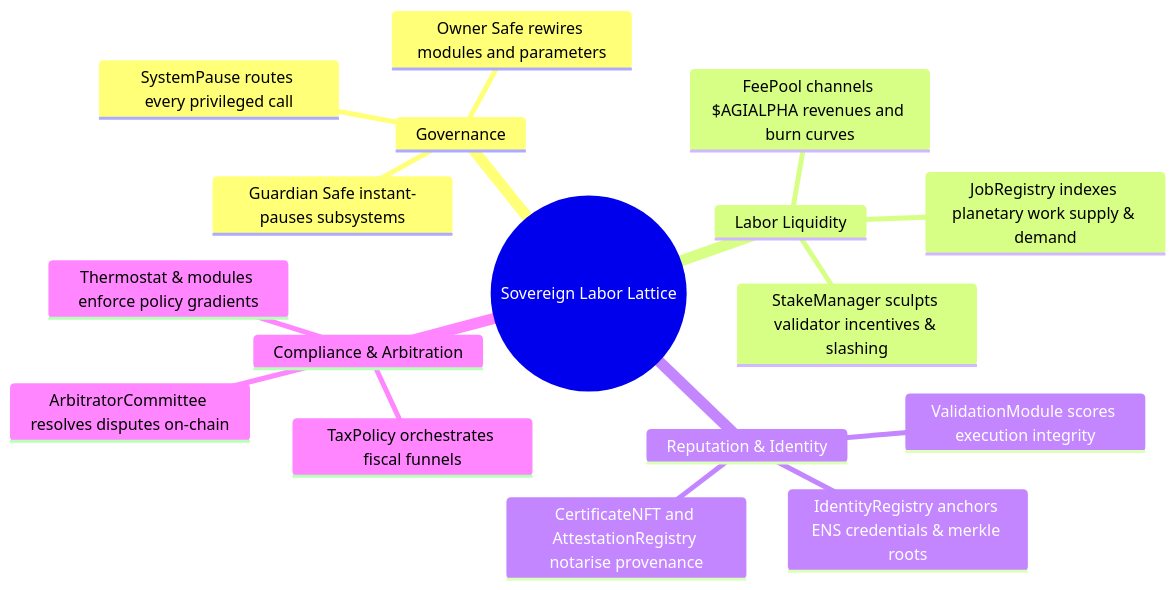
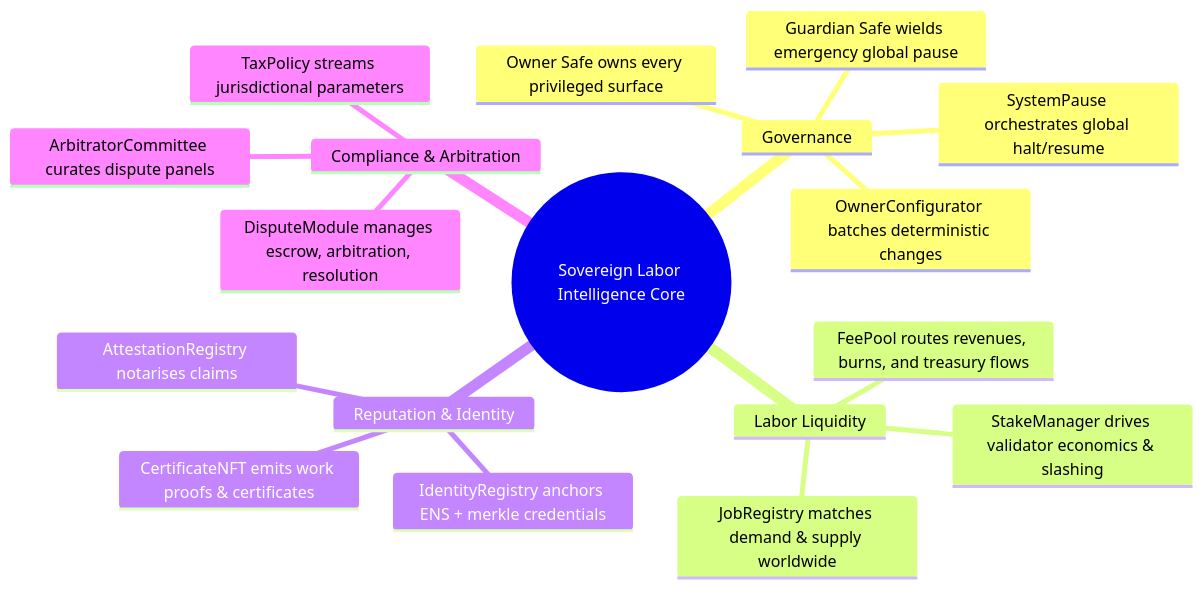
One commit to MontrealAI/agijobs-sovereign-labor-v0p1 changed the first of 4 diagrams in hardhat/README.md. Above: the diagram before and after it, drawn with Mermaid. The commit also changed other lines of this file, not shown here.

````diff
--- a/hardhat/README.md
+++ b/hardhat/README.md
@@ -57,20 +59,21 @@
 ```mermaid
 mindmap
-  root((Sovereign Labor Lattice))
+  root((Sovereign Labor Intelligence Core))
     Governance
-      SystemPause routes every privileged call
-      Owner Safe rewires modules and parameters
-      Guardian Safe instant-pauses subsystems
+      SystemPause orchestrates global halt/resume
+      OwnerConfigurator batches deterministic changes
+      Owner Safe owns every privileged surface
+      Guardian Safe wields emergency global pause
     Labor Liquidity
-      JobRegistry indexes planetary work supply & demand
-      StakeManager sculpts validator incentives & slashing
-      FeePool channels $AGIALPHA revenues and burn curves
+      JobRegistry matches demand & supply worldwide
+      StakeManager drives validator economics & slashing
+      FeePool routes revenues, burns, and treasury flows
     Reputation & Identity
-      ValidationModule scores execution integrity
-      IdentityRegistry anchors ENS credentials & merkle roots
-      CertificateNFT and AttestationRegistry notarise provenance
+      IdentityRegistry anchors ENS + merkle credentials
+      AttestationRegistry notarises claims
+      CertificateNFT emits work proofs & certificates
     Compliance & Arbitration
-      TaxPolicy orchestrates fiscal funnels
-      ArbitratorCommittee resolves disputes on-chain
-      Thermostat & modules enforce policy gradients
+      TaxPolicy streams jurisdictional parameters
+      DisputeModule manages escrow, arbitration, resolution
+      ArbitratorCommittee curates dispute panels
 ```
````
